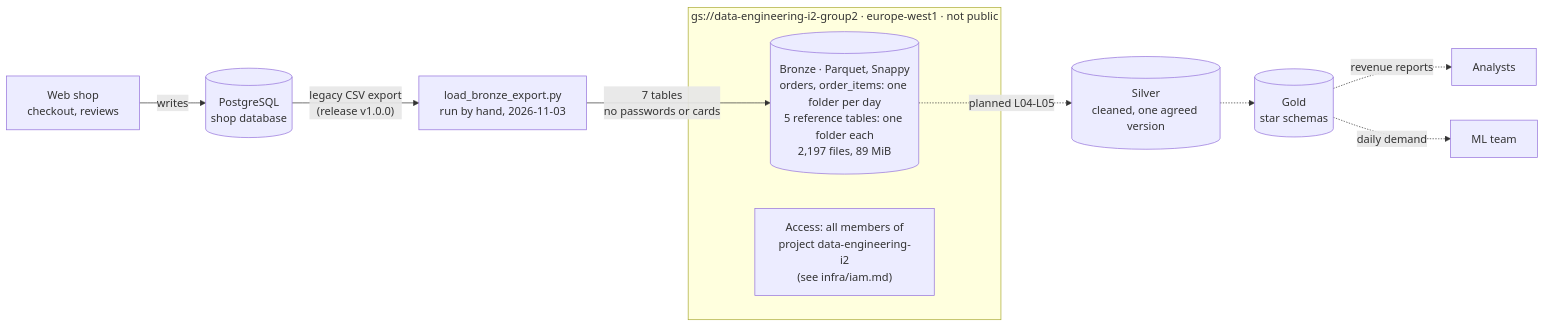
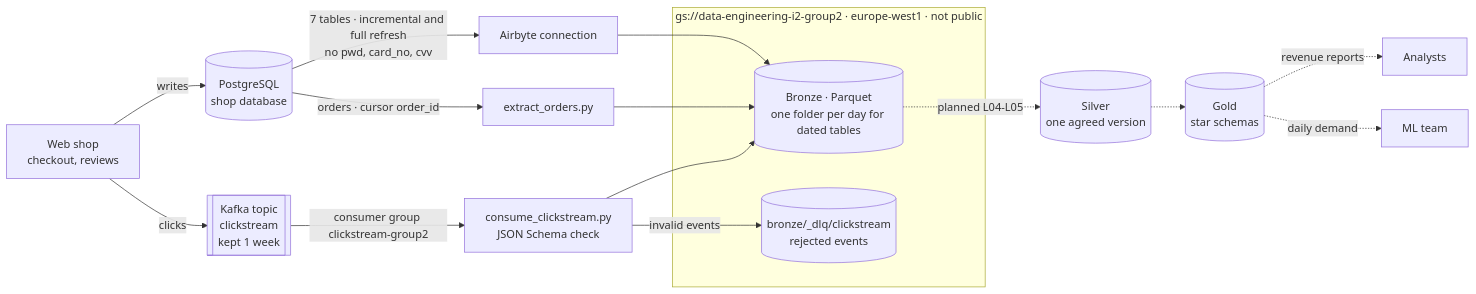
One commit to lumaruyam/de-platform-rlwc changed the diagram in docs/architecture.md. Above: the diagram before and after it, drawn with Mermaid. The commit also changed other lines of this file and 3 other files, not shown here.

Commit message:
Document L03: failure modes tested on purpose, ADR-0003 ingestion modes, clickstream in the dictionary, three paths on the diagram

````diff
--- a/docs/architecture.md
+++ b/docs/architecture.md
@@ -14,14 +11,20 @@
 ```mermaid
 flowchart LR
   shop["Web shop<br/>checkout, reviews"] -->|writes| pg[("PostgreSQL<br/>shop database")]
-  pg -->|"legacy CSV export<br/>(release v1.0.0)"| load["load_bronze_export.py<br/>run by hand, 2026-11-03"]
-  load -->|"7 tables<br/>no passwords or cards"| bronze
+  shop -->|clicks| kafka[["Kafka topic<br/>clickstream<br/>kept 1 week"]]
+  pg -->|"7 tables · incremental and full refresh<br/>no pwd, card_no, cvv"| airbyte["Airbyte connection"]
+  pg -->|"orders · cursor order_id"| ext["extract_orders.py"]
+  kafka -->|"consumer group clickstream-group2"| cons["consume_clickstream.py<br/>JSON Schema check"]
   subgraph gcs["gs://data-engineering-i2-group2 · europe-west1 · not public"]
-    bronze[("Bronze · Parquet, Snappy<br/>orders, order_items: one folder per day<br/>5 reference tables: one folder each<br/>2,197 files, 89 MiB")]
-    readers["Access: all members of<br/>project data-engineering-i2<br/>(see infra/iam.md)"]
+    bronze[("Bronze · Parquet<br/>one folder per day for dated tables")]
+    dlq[("bronze/_dlq/clickstream<br/>rejected events")]
   end
-  bronze -.->|"planned L04-L05"| silver[("Silver<br/>cleaned, one agreed version")]
+  airbyte --> bronze
+  ext --> bronze
+  cons --> bronze
+  cons -->|invalid events| dlq
+  bronze -.->|"planned L04-L05"| silver[("Silver<br/>one agreed version")]
   silver -.-> gold[("Gold<br/>star schemas")]
   gold -.->|revenue reports| analysts[Analysts]
   gold -.->|daily demand| ml[ML team]
 ```
````
